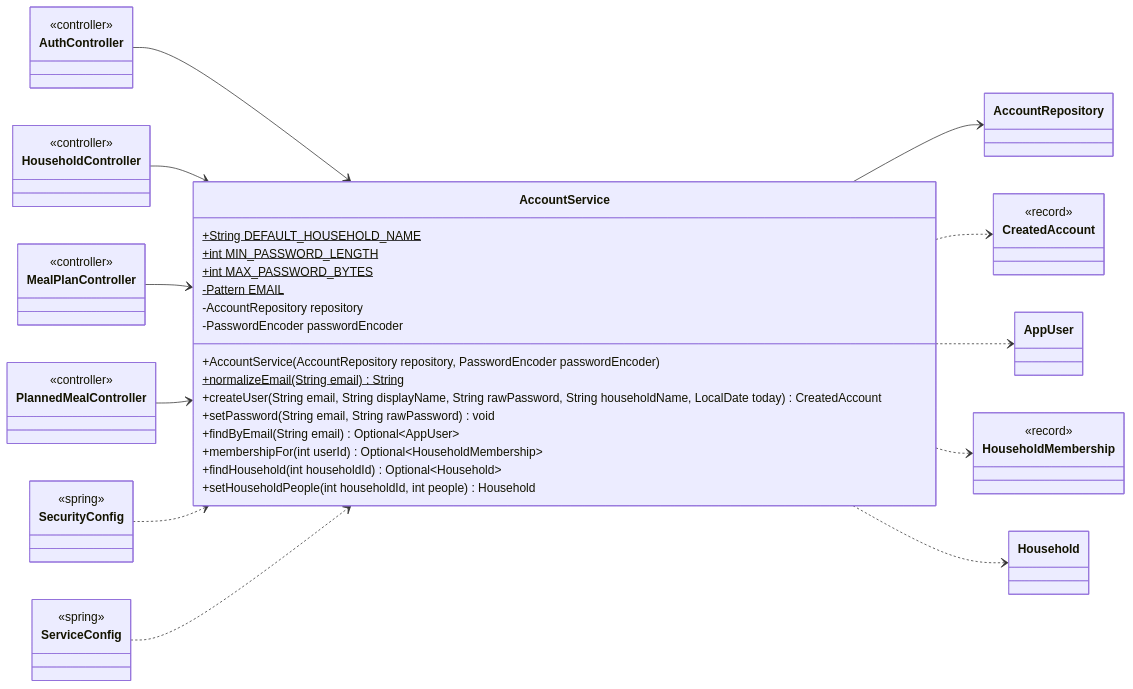
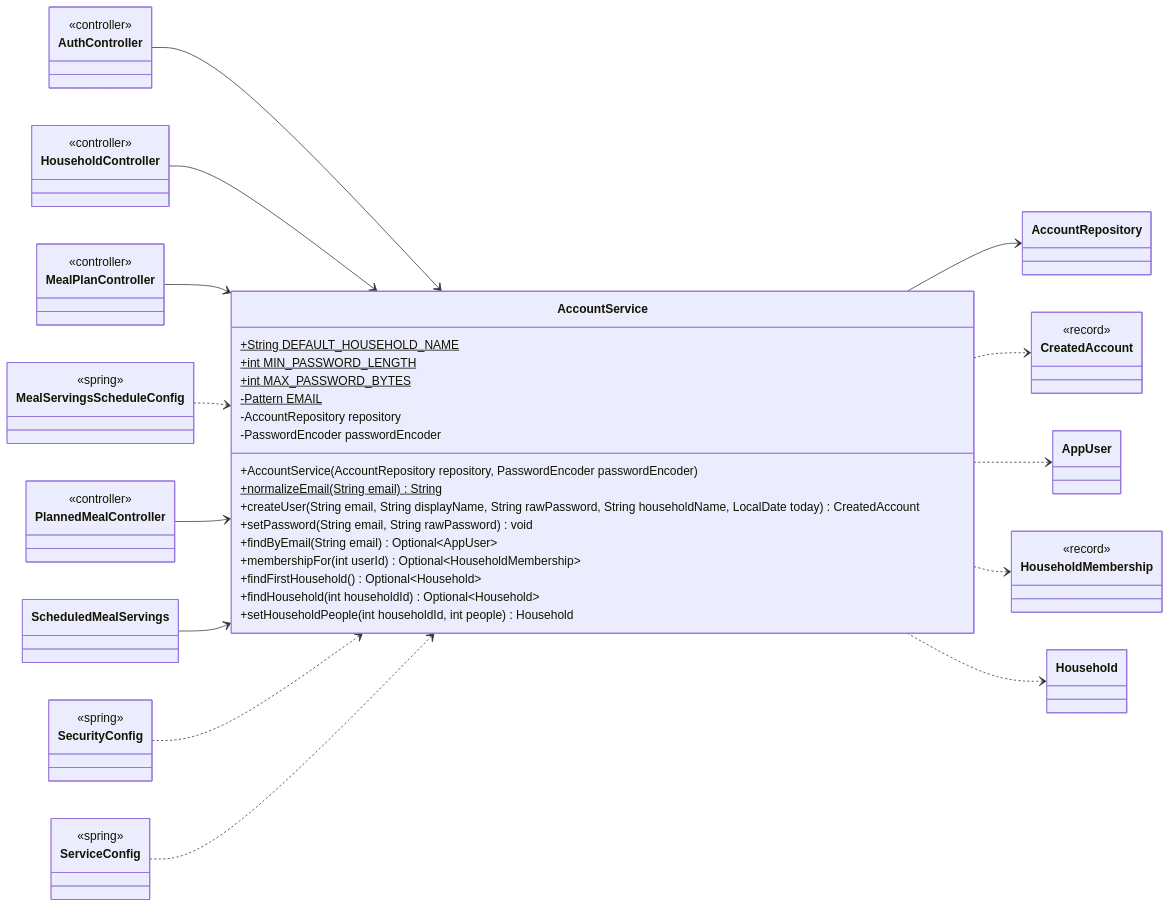
The third of 9 diagrams in docs/classes/auth.md (Nate-ryan-7690/dahaem), drawn with Mermaid before and after one commit. The commit also changed other lines of this file and 4 other files, not shown here.

````diff
--- a/docs/classes/auth.md
+++ b/docs/classes/auth.md
@@ -130,58 +130,65 @@
 ```mermaid
 classDiagram
     direction LR
     class auth_AccountService["AccountService"] {
         +String DEFAULT_HOUSEHOLD_NAME$
         +int MIN_PASSWORD_LENGTH$
         +int MAX_PASSWORD_BYTES$
         -Pattern EMAIL$
         -AccountRepository repository
         -PasswordEncoder passwordEncoder
         +AccountService(AccountRepository repository, PasswordEncoder passwordEncoder)
         +normalizeEmail(String email) String$
         +createUser(String email, String displayName, String rawPassword, String householdName, LocalDate today) CreatedAccount
         +setPassword(String email, String rawPassword) void
         +findByEmail(String email) Optional~AppUser~
         +membershipFor(int userId) Optional~HouseholdMembership~
+        +findFirstHousehold() Optional~Household~
         +findHousehold(int householdId) Optional~Household~
         +setHouseholdPeople(int householdId, int people) Household
     }
     class auth_AccountRepository["AccountRepository"]
     class api_AuthController["AuthController"] {
         <<controller>>
     }
     class api_HouseholdController["HouseholdController"] {
         <<controller>>
     }
     class api_MealPlanController["MealPlanController"] {
         <<controller>>
     }
     class api_PlannedMealController["PlannedMealController"] {
         <<controller>>
     }
+    class api_ScheduledMealServings["ScheduledMealServings"]
     class auth_CreatedAccount["CreatedAccount"] {
         <<record>>
     }
     class auth_AppUser["AppUser"]
     class auth_HouseholdMembership["HouseholdMembership"] {
         <<record>>
     }
     class auth_Household["Household"]
+    class api_MealServingsScheduleConfig["MealServingsScheduleConfig"] {
+        <<spring>>
+    }
     class api_SecurityConfig["SecurityConfig"] {
         <<spring>>
     }
     class api_ServiceConfig["ServiceConfig"] {
         <<spring>>
     }
     auth_AccountService --> auth_AccountRepository
     auth_AccountService ..> auth_CreatedAccount
     auth_AccountService ..> auth_AppUser
     auth_AccountService ..> auth_HouseholdMembership
     auth_AccountService ..> auth_Household
     api_AuthController --> auth_AccountService
     api_HouseholdController --> auth_AccountService
     api_MealPlanController --> auth_AccountService
+    api_MealServingsScheduleConfig ..> auth_AccountService
     api_PlannedMealController --> auth_AccountService
+    api_ScheduledMealServings --> auth_AccountService
     api_SecurityConfig ..> auth_AccountService
     api_ServiceConfig ..> auth_AccountService
 ```
````
